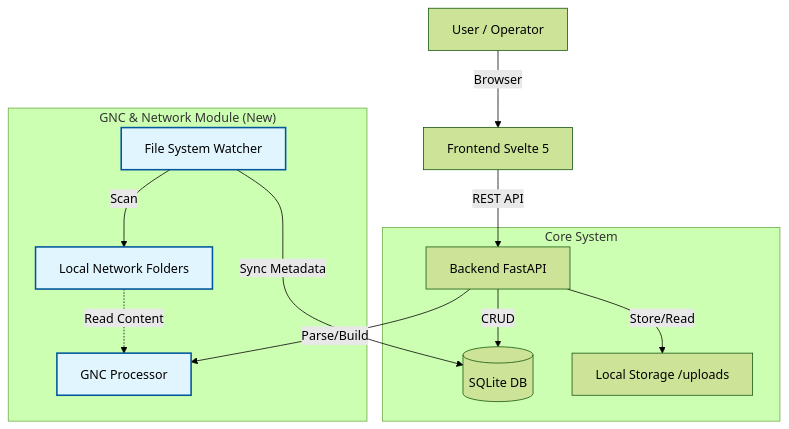
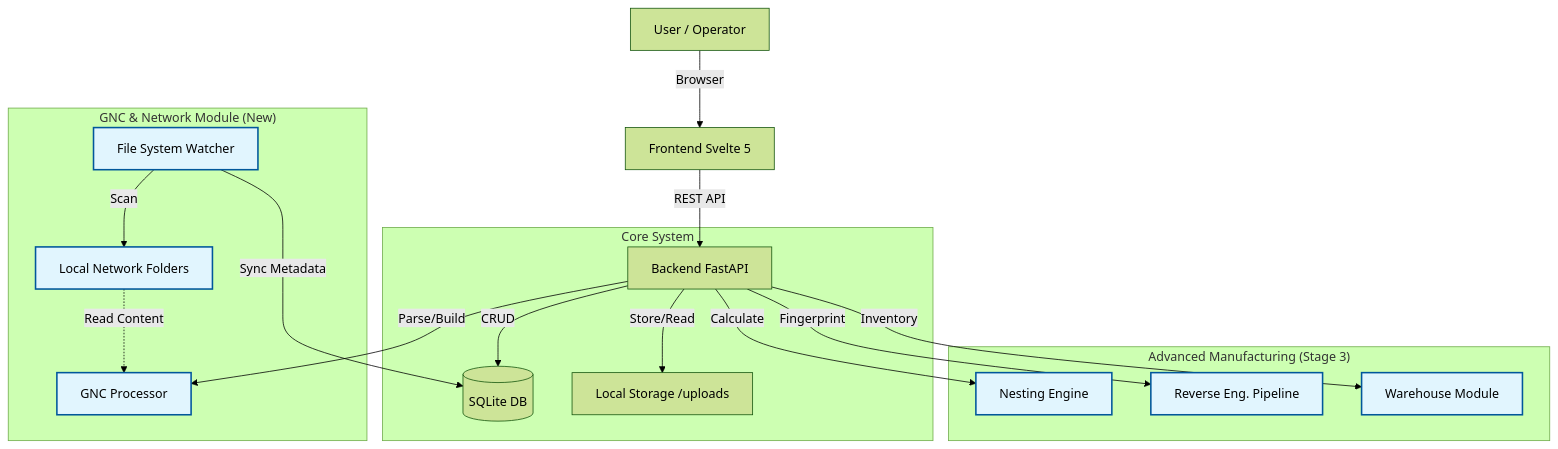
One commit to Sanali209/DocuFlow- changed the diagram in ARCHITECTURE.md. Above: the diagram before and after it, drawn with Mermaid (forest theme). The commit also changed other lines of this file and 6 other files, not shown here.

````diff
--- a/ARCHITECTURE.md
+++ b/ARCHITECTURE.md
@@ -53,20 +53,26 @@
 ```mermaid
 graph TD
     User[User / Operator] -->|Browser| FE[Frontend Svelte 5]
     FE -->|REST API| BE[Backend FastAPI]
 
     subgraph "Core System"
         BE -->|CRUD| DB[(SQLite DB)]
         BE -->|Store/Read| FS[Local Storage /uploads]
     end
 
     subgraph "GNC & Network Module (New)"
         BE -->|Parse/Build| GP[GNC Processor]
         FW[File System Watcher] -->|Scan| NetFS[Local Network Folders]
         FW -->|Sync Metadata| DB
         NetFS -.->|Read Content| GP
     end
 
+    subgraph "Advanced Manufacturing (Stage 3)"
+        BE -->|Calculate| NE[Nesting Engine]
+        BE -->|Fingerprint| RE[Reverse Eng. Pipeline]
+        BE -->|Inventory| WM[Warehouse Module]
+    end
+
     classDef new fill:#e1f5fe,stroke:#01579b,stroke-width:2px;
-    class GP,FW,NetFS new;
+    class GP,FW,NetFS,NE,RE,WM new;
 ```
````
